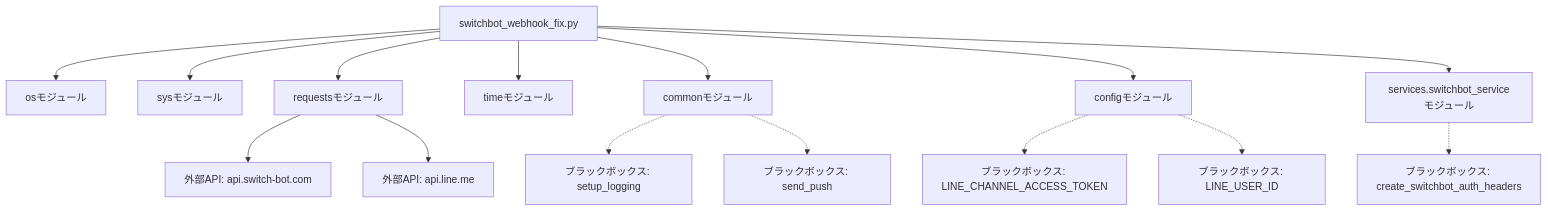
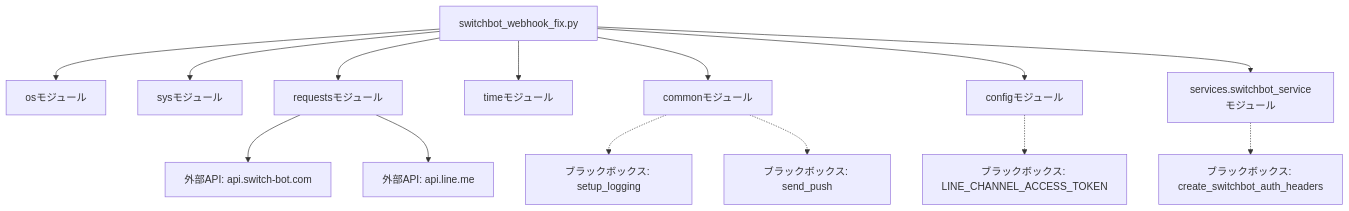
One commit to mmtigers/my_python_project changed the second of 2 diagrams in docs/specifications/MY_HOME_SYSTEM/switchbot_webhook_fix.md. Above: the diagram before and after it, drawn with Mermaid. The commit also changed other lines of this file and 33 other files, not shown here.

````diff
--- a/docs/specifications/MY_HOME_SYSTEM/switchbot_webhook_fix.md
+++ b/docs/specifications/MY_HOME_SYSTEM/switchbot_webhook_fix.md
@@ -177,23 +176,22 @@
 ```mermaid
 graph TD
     File[switchbot_webhook_fix.py] --> OS[osモジュール]
     File --> SYS[sysモジュール]
     File --> REQ[requestsモジュール]
     File --> TIME[timeモジュール]
     
     File --> COMMON[commonモジュール]
     File --> CONFIG[configモジュール]
     File --> SBTOOL[services.switchbot_serviceモジュール]
     
     COMMON -.-> BlackBox1[ブラックボックス: setup_logging]
     COMMON -.-> BlackBox2[ブラックボックス: send_push]
     
     CONFIG -.-> BlackBox3[ブラックボックス: LINE_CHANNEL_ACCESS_TOKEN]
-    CONFIG -.-> BlackBox4[ブラックボックス: LINE_USER_ID]
     
     SBTOOL -.-> BlackBox5[ブラックボックス: create_switchbot_auth_headers]
     
     REQ --> API_SB[外部API: api.switch-bot.com]
     REQ --> API_LINE[外部API: api.line.me]
 
 ```
````
